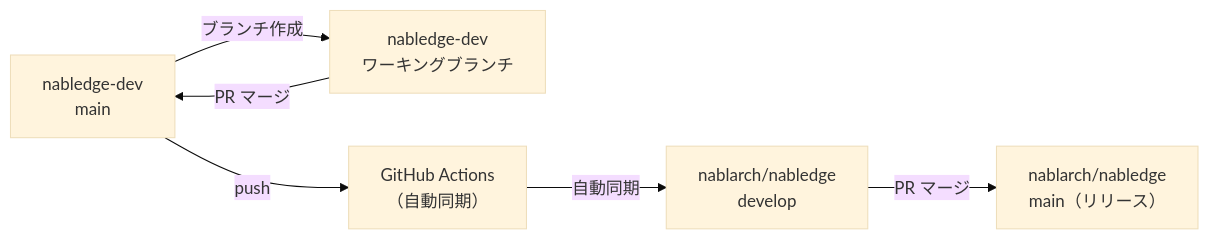
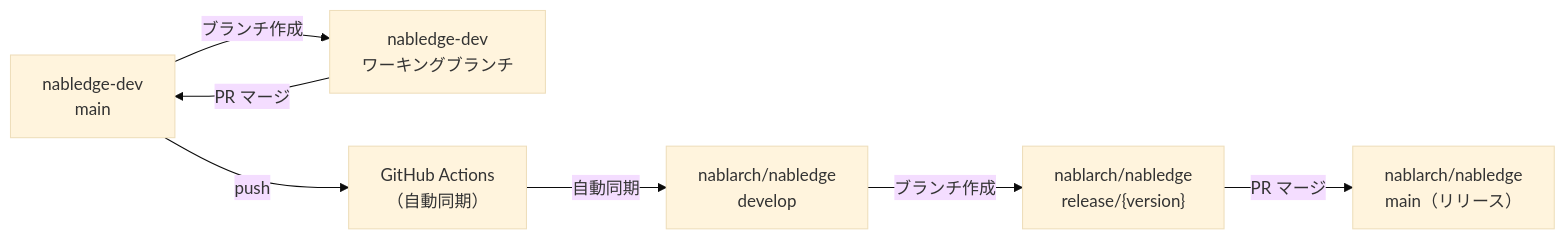
Before and after one commit to nablarch/nabledge-dev: the diagram in README.md, drawn with Mermaid (base theme).

Commit message:
docs: add release branch to development flow diagram

````diff
--- a/README.md
+++ b/README.md
@@ -49,14 +49,16 @@
 ```mermaid
 flowchart LR
     MAIN["nabledge-dev<br/>main"]
     WB["nabledge-dev<br/>ワーキングブランチ"]
     GHA["GitHub Actions<br/>（自動同期）"]
     DEV["nablarch/nabledge<br/>develop"]
+    RB["nablarch/nabledge<br/>release/{version}"]
     RELEASE["nablarch/nabledge<br/>main（リリース）"]
 
     MAIN -->|"ブランチ作成"| WB
     WB -->|"PR マージ"| MAIN
     MAIN -->|"push"| GHA
     GHA -->|"自動同期"| DEV
-    DEV -->|"PR マージ"| RELEASE
+    DEV -->|"ブランチ作成"| RB
+    RB -->|"PR マージ"| RELEASE
 ```
````
